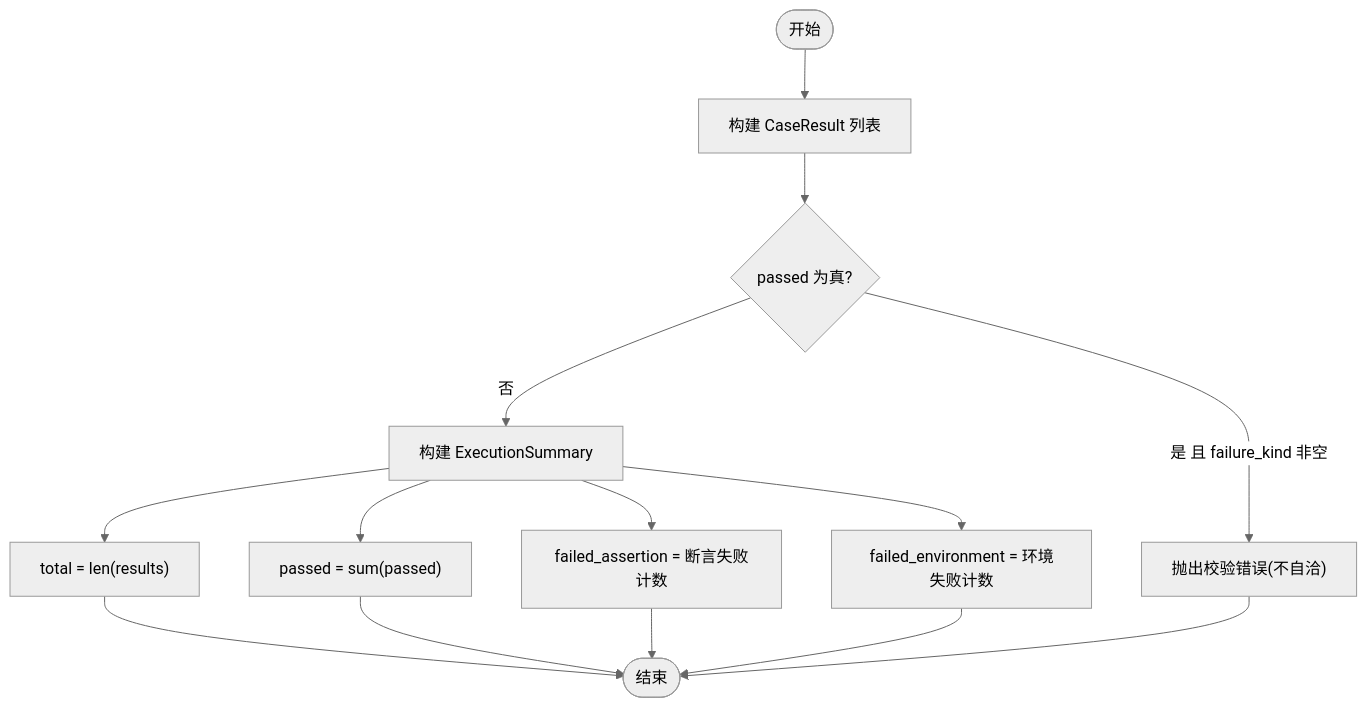
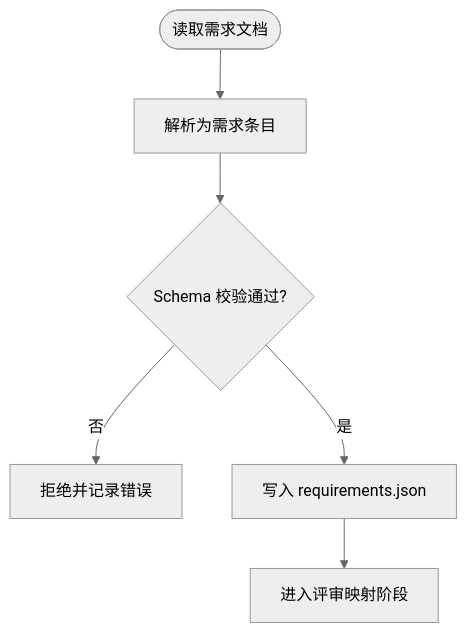
One commit to Joeyzheng001/LLM-AutoTest changed the third of 6 diagrams in .qoder/repowiki/zh/content/数据模型/数据模型.md. Above: the diagram before and after it, drawn with Mermaid (neutral theme). The commit also changed other lines of this file and 186 other files, not shown here.

````diff
--- a/.qoder/repowiki/zh/content/数据模型/数据模型.md
+++ b/.qoder/repowiki/zh/content/数据模型/数据模型.md
@@ -155,16 +130,8 @@
 ```mermaid
 flowchart TD
-Start(["开始"]) --> Build["构建 CaseResult 列表"]
-Build --> Validate{"passed 为真?"}
-Validate --> |是 且 failure_kind 非空| Error["抛出校验错误(不自洽)"]
-Validate --> |否| Summarize["构建 ExecutionSummary"]
-Summarize --> CountTotal["total = len(results)"]
-Summarize --> CountPassed["passed = sum(passed)"]
-Summarize --> CountAssertFail["failed_assertion = 断言失败计数"]
-Summarize --> CountEnvFail["failed_environment = 环境失败计数"]
-CountTotal --> End(["结束"])
-CountPassed --> End
-CountAssertFail --> End
-CountEnvFail --> End
-Error --> End
+Start(["读取需求文档"]) --> Parse["解析为需求条目"]
+Parse --> Validate{"Schema 校验通过?"}
+Validate --> |否| Reject["拒绝并记录错误"]
+Validate --> |是| Store["写入 requirements.json"]
+Store --> Next["进入评审映射阶段"]
 ```
````
